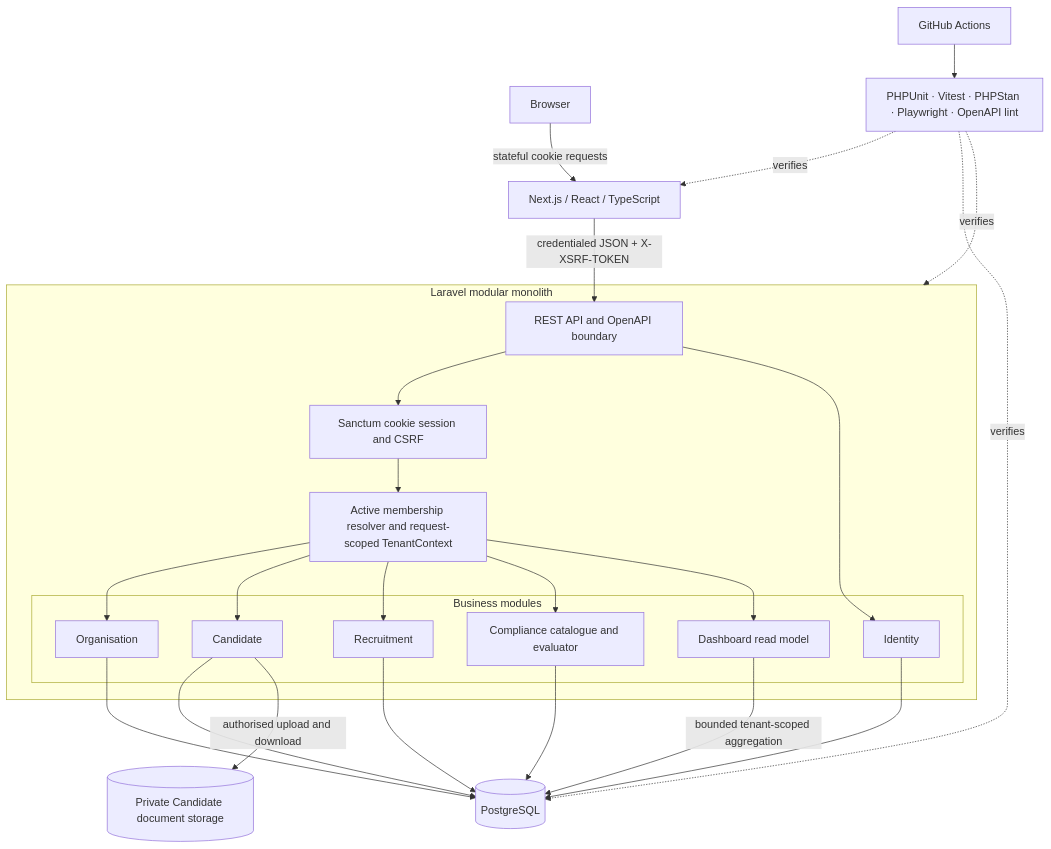
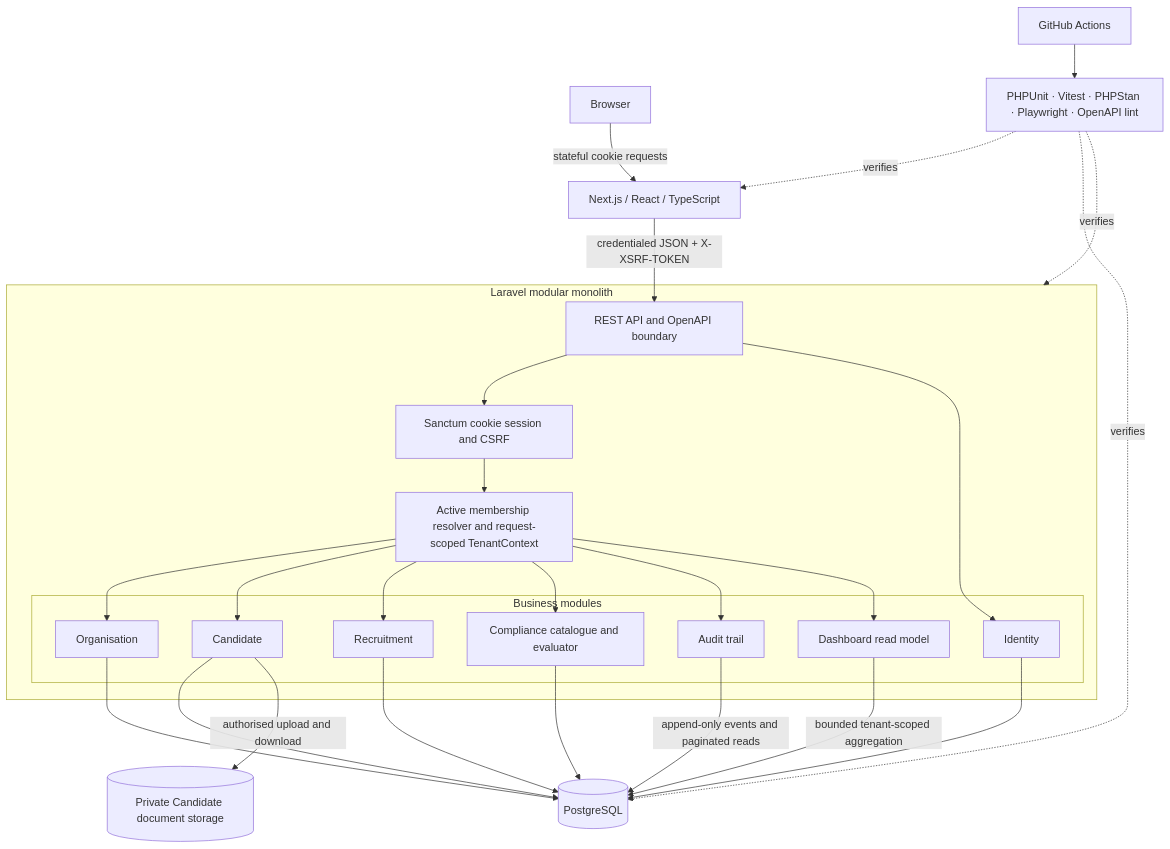
One commit to Toyody/carematch changed the diagram in docs/diagrams/architecture.md. Above: the diagram before and after it, drawn with Mermaid. The commit also changed other lines of this file and 86 other files, not shown here.

First line of the commit message:
Add audit trail

````diff
--- a/docs/diagrams/architecture.md
+++ b/docs/diagrams/architecture.md
@@ -6,49 +6,52 @@
 ```mermaid
 flowchart TB
     browser[Browser]
     frontend[Next.js / React / TypeScript]
 
     subgraph backend[Laravel modular monolith]
         http[REST API and OpenAPI boundary]
         auth[Sanctum cookie session and CSRF]
         tenant[Active membership resolver and request-scoped TenantContext]
 
         subgraph modules[Business modules]
             identity[Identity]
             organisation[Organisation]
             candidate[Candidate]
             recruitment[Recruitment]
             compliance[Compliance catalogue and evaluator]
+            audit[Audit trail]
             dashboard[Dashboard read model]
         end
     end
 
     postgres[(PostgreSQL)]
     privateStorage[(Private Candidate document storage)]
     ci[GitHub Actions]
     quality[PHPUnit · Vitest · PHPStan · Playwright · OpenAPI lint]
 
     browser -->|stateful cookie requests| frontend
     frontend -->|credentialed JSON + X-XSRF-TOKEN| http
     http --> auth
     auth --> tenant
     tenant --> organisation
     http --> identity
     tenant --> candidate
     tenant --> recruitment
     tenant --> compliance
+    tenant --> audit
     tenant --> dashboard
 
     identity --> postgres
     organisation --> postgres
     candidate --> postgres
     recruitment --> postgres
     compliance --> postgres
+    audit -->|append-only events and paginated reads| postgres
     dashboard -->|bounded tenant-scoped aggregation| postgres
     candidate -->|authorised upload and download| privateStorage
 
     ci --> quality
     quality -. verifies .-> frontend
     quality -. verifies .-> backend
     quality -. verifies .-> postgres
 ```
````
